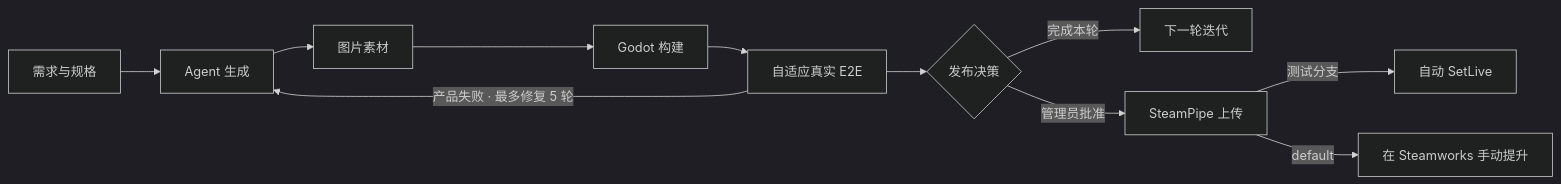
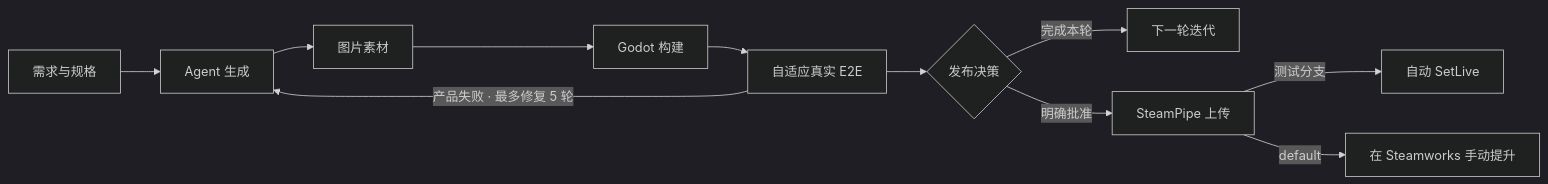
One commit to asssaver97/DeviLudo changed the first of 2 diagrams in README.zh-CN.md. Above: the diagram before and after it, drawn with Mermaid (dark theme). The commit also changed other lines of this file and 100 other files, not shown here.

````diff
--- a/README.zh-CN.md
+++ b/README.zh-CN.md
@@ -41,13 +42,13 @@
 ```mermaid
 flowchart LR
     A[需求与规格] --> B[Agent 生成]
     B --> C[图片素材]
     C --> D[Godot 构建]
     D --> E[自适应真实 E2E]
     E -->|产品失败 · 最多修复 5 轮| B
     E --> F{发布决策}
     F -->|完成本轮| G[下一轮迭代]
-    F -->|管理员批准| H[SteamPipe 上传]
+    F -->|明确批准| H[SteamPipe 上传]
     H -->|测试分支| I[自动 SetLive]
     H -->|default| J[在 Steamworks 手动提升]
 ```
````
